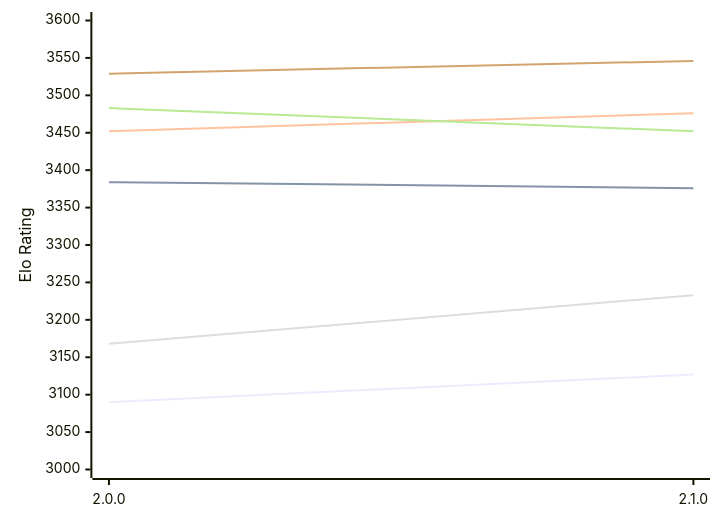
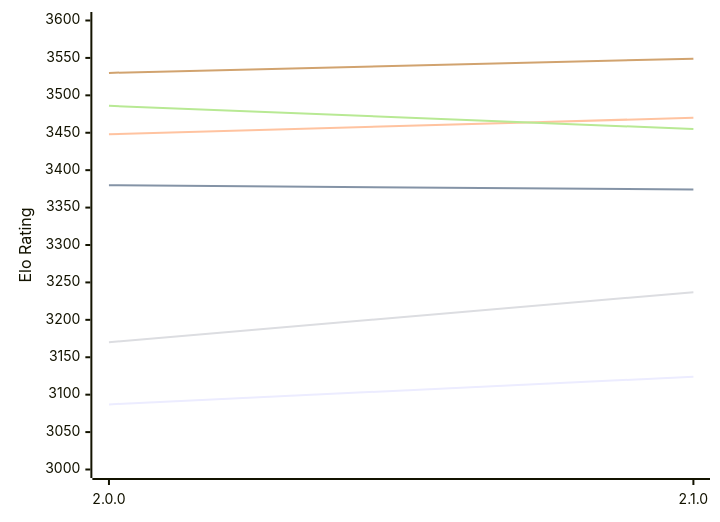
Before and after one commit to computer-chess-index/cci: the diagram in engines/Sapling.md, drawn with Mermaid. The commit also changed other lines of this file, not shown here.

Commit message:
Update CCI Ratings (ELO VLTC) - 2026-11-09

````diff
--- a/engines/Sapling.md
+++ b/engines/Sapling.md
@@ -49,12 +49,12 @@
 ```mermaid
 %%{init: {"theme":"base","themeVariables":{"seriesColors:['#a3a3a3','#222221','#faa371']}}}%%
 xychart-beta
   x-axis ["2.0.0", "2.1.0"]
   y-axis "Elo Rating" 3000 --> 3600
-  line "E1: STC (8.0+0.08s)" [3090, 3127]
-  line "E1: LTC (60.0+0.60s)" [3384, 3376]
-  line "E1: VLTC (2m24s+1.12s)" [3452, 3476]
-  line "P1: STC (8.0+0.08s)" [3168, 3233]
-  line "P1: LTC (60.0+0.60s)" [3483, 3452]
-  line "P1: VLTC (2m24s+1.12s)" [3529, 3546]
+  line "E1: STC (8.0+0.08s)" [3087, 3124]
+  line "E1: LTC (60.0+0.60s)" [3380, 3374]
+  line "E1: VLTC (2m24s+1.12s)" [3448, 3470]
+  line "P1: STC (8.0+0.08s)" [3170, 3237]
+  line "P1: LTC (60.0+0.60s)" [3486, 3455]
+  line "P1: VLTC (2m24s+1.12s)" [3530, 3549]
 ```
````
